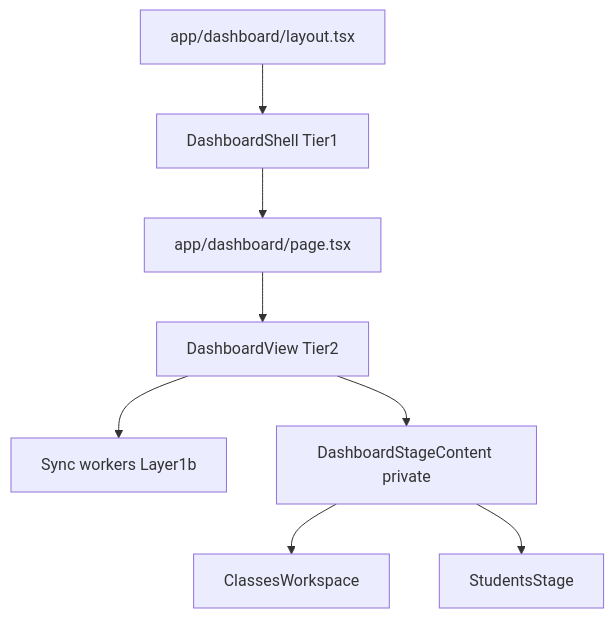
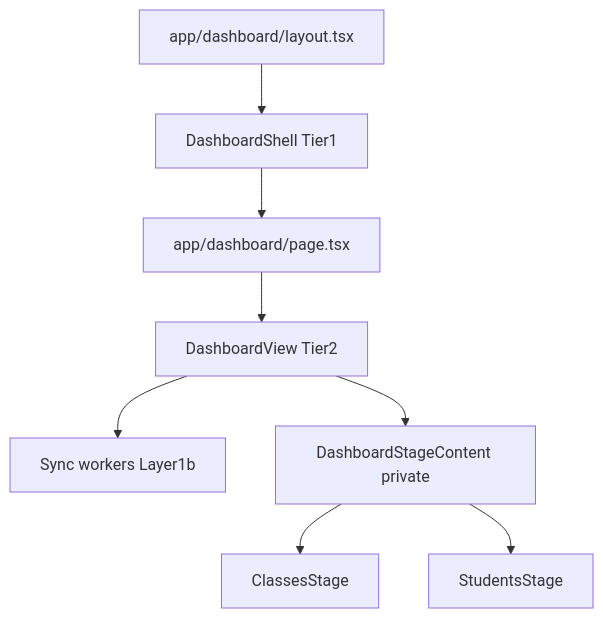
Before and after one commit to kisdreamteam/KIS-Points-V2-Live: the first of 3 diagrams in docs/architecture-plan.md, drawn with Mermaid. The commit also changed other lines of this file and 11 other files, not shown here.

First line of the commit message:
refactor(dashboard): rename classes stage and stage split frame

````diff
--- a/docs/architecture-plan.md
+++ b/docs/architecture-plan.md
@@ -70,18 +70,18 @@
 ```mermaid
 flowchart TD
   layout[app/dashboard/layout.tsx]
   shell[DashboardShell Tier1]
   page[app/dashboard/page.tsx]
   dv[DashboardView Tier2]
   sync[Sync workers Layer1b]
   stage[DashboardStageContent private]
-  classes[ClassesWorkspace]
+  classes[ClassesStage]
   students[StudentsStage]
   layout --> shell
   page --> dv
   shell --> page
   dv --> sync
   dv --> stage
   stage --> classes
   stage --> students
 ```
````
